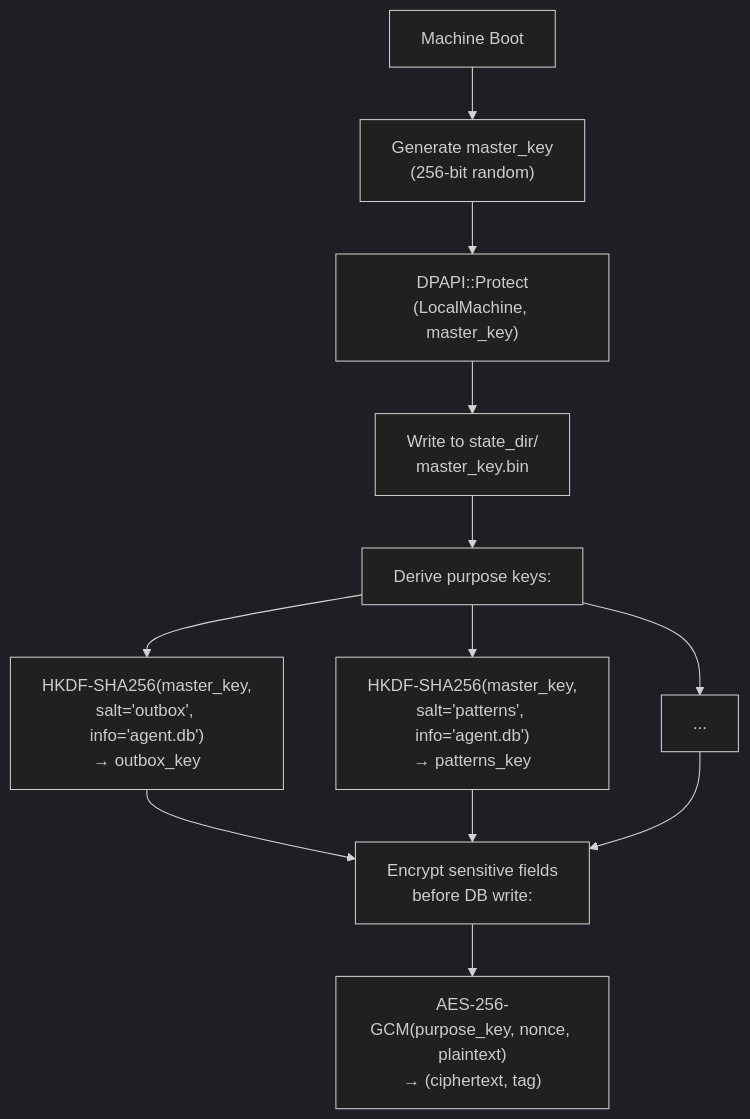
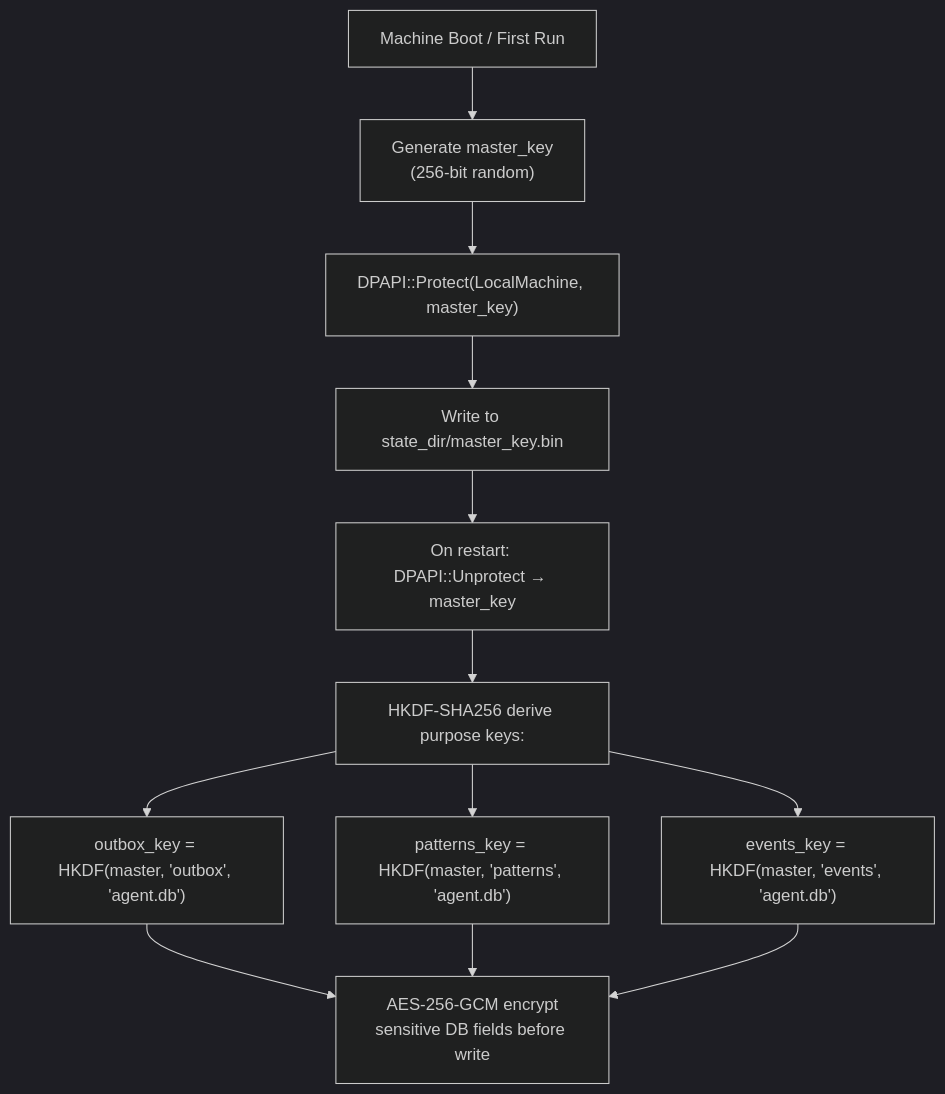
The eighth of 8 diagrams in LongHorizons/ARCHITECTURE.md (LongHorizons/WindOH), drawn with Mermaid (dark theme) before and after one commit. The commit also changed other lines of this file and 5 other files, not shown here.

````diff
--- a/LongHorizons/ARCHITECTURE.md
+++ b/LongHorizons/ARCHITECTURE.md
@@ -187,14 +367,16 @@
 ```mermaid
 flowchart TD
-    A["Machine Boot"] --> B["Generate master_key<br/>(256-bit random)"]
-    B --> C["DPAPI::Protect<br/>(LocalMachine, master_key)"]
-    C --> D["Write to state_dir/<br/>master_key.bin"]
-    D --> E["Derive purpose keys:"]
-    E --> F1["HKDF-SHA256(master_key,<br/>salt='outbox', info='agent.db')<br/>→ outbox_key"]
-    E --> F2["HKDF-SHA256(master_key,<br/>salt='patterns', info='agent.db')<br/>→ patterns_key"]
-    E --> F3["..."]
-    F1 --> G["Encrypt sensitive fields<br/>before DB write:"]
-    F2 --> G
-    F3 --> G
-    G --> H["AES-256-GCM(purpose_key, nonce, plaintext)<br/>→ (ciphertext, tag)"]
+    BOOT["Machine Boot / First Run"] --> GEN["Generate master_key\n(256-bit random)"]
+    GEN --> DPAPI["DPAPI::Protect(LocalMachine, master_key)"]
+    DPAPI --> DISK["Write to state_dir/master_key.bin"]
+
+    DISK --> DERIVE["On restart: DPAPI::Unprotect → master_key"]
+    DERIVE --> HKDF["HKDF-SHA256 derive purpose keys:"]
+    HKDF --> K1["outbox_key = HKDF(master, 'outbox', 'agent.db')"]
+    HKDF --> K2["patterns_key = HKDF(master, 'patterns', 'agent.db')"]
+    HKDF --> K3["events_key = HKDF(master, 'events', 'agent.db')"]
+
+    K1 --> ENC["AES-256-GCM encrypt\nsensitive DB fields before write"]
+    K2 --> ENC
+    K3 --> ENC
 ```
````
